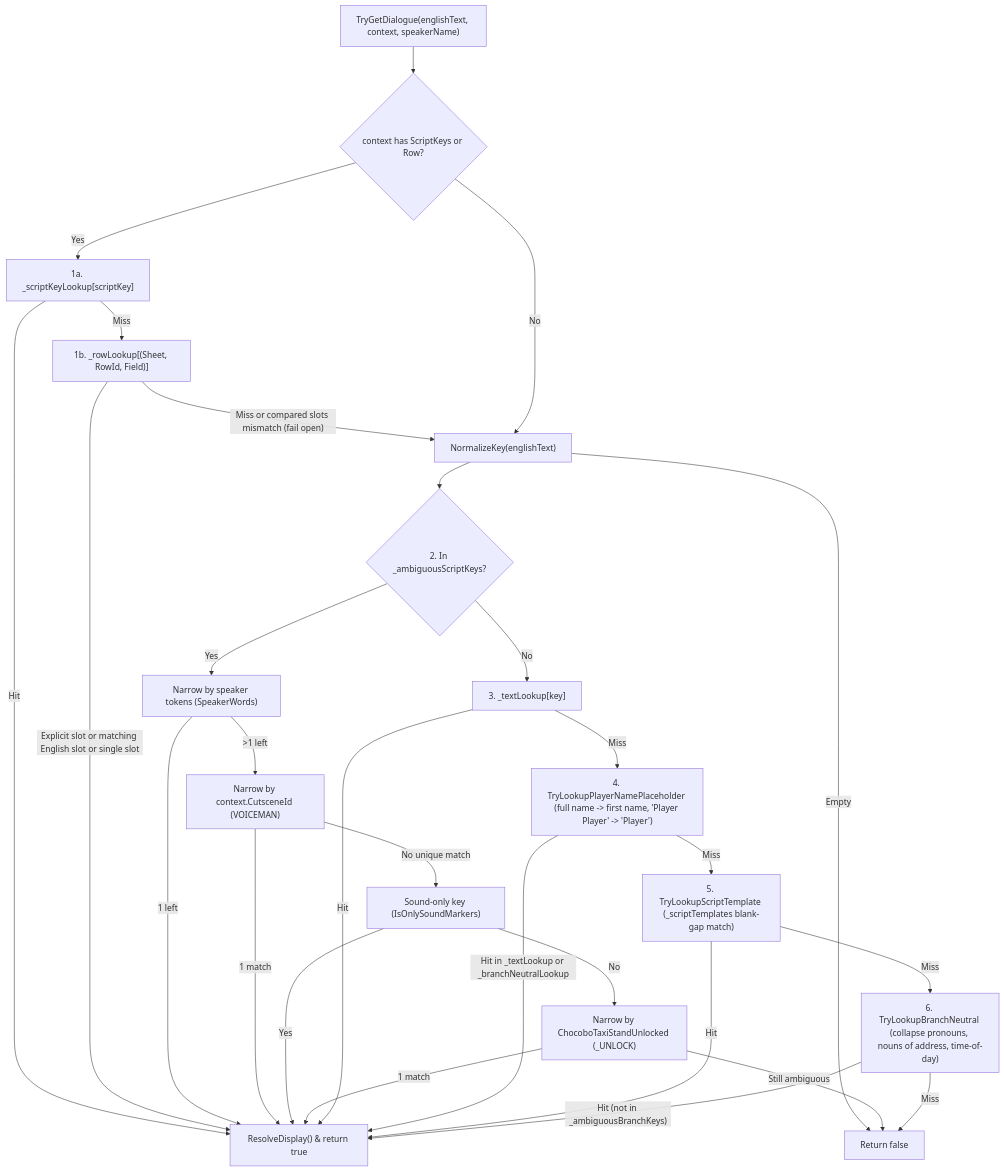
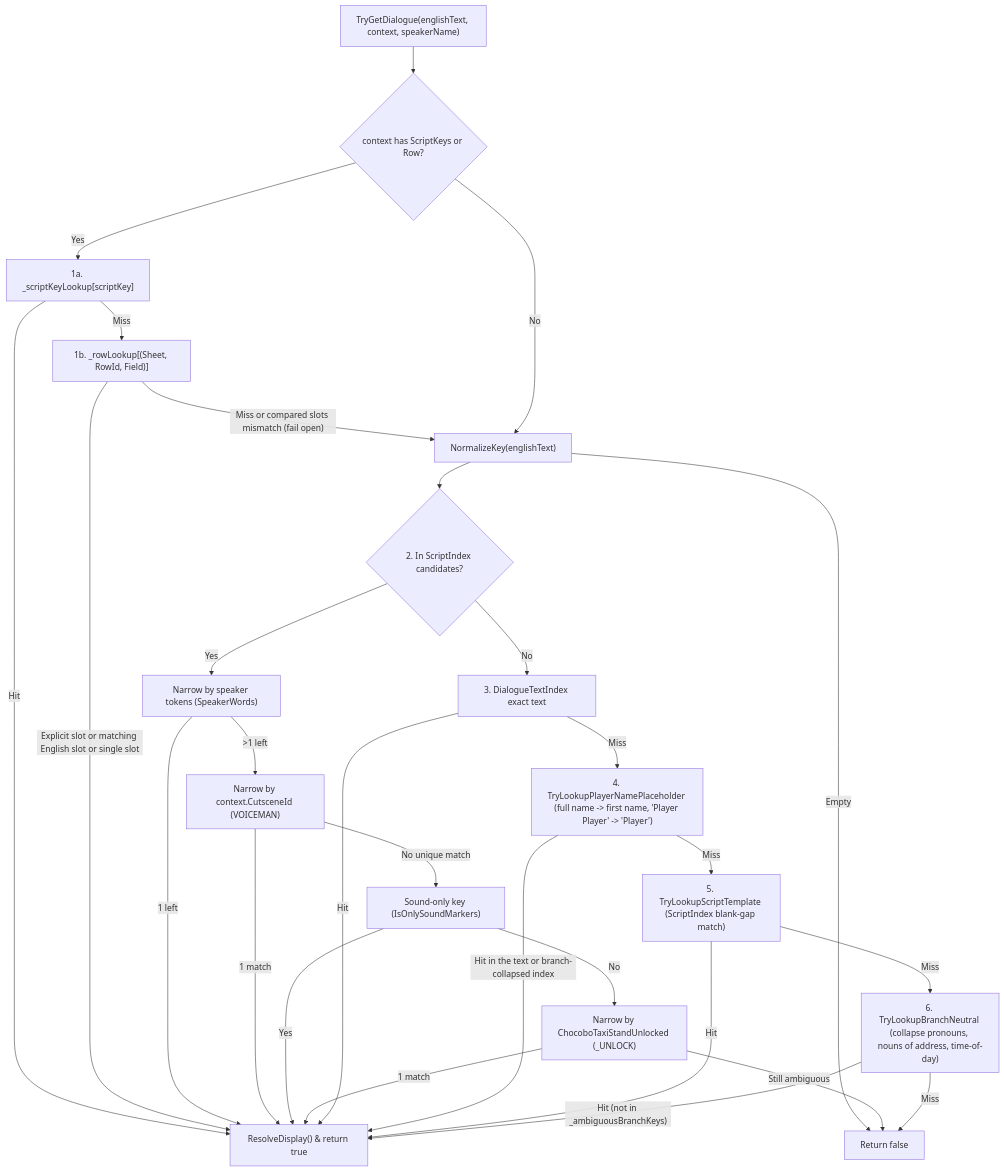
One commit to raydenhui/Sinophone changed the third of 8 diagrams in docs/translation-workflow.md. Above: the diagram before and after it, drawn with Mermaid. The commit also changed other lines of this file and 19 other files, not shown here.

````diff
--- a/docs/translation-workflow.md
+++ b/docs/translation-workflow.md
@@ -133,33 +133,33 @@
 ```mermaid
 flowchart TD
     Start["TryGetDialogue(englishText, context, speakerName)"] --> IdCheck{"context has ScriptKeys or Row?"}
 
     IdCheck -- Yes --> ScriptKey["1a. _scriptKeyLookup[scriptKey]"]
     ScriptKey -- Hit --> Ret["ResolveDisplay() & return true"]
     ScriptKey -- Miss --> RowLookup["1b. _rowLookup[(Sheet, RowId, Field)]"]
     RowLookup -- "Explicit slot or matching English slot or single slot" --> Ret
     RowLookup -- "Miss or compared slots mismatch (fail open)" --> Norm["NormalizeKey(englishText)"]
     IdCheck -- No --> Norm
 
     Norm -- Empty --> Fail["Return false"]
-    Norm --> AmbigCheck{"2. In _ambiguousScriptKeys?"}
+    Norm --> AmbigCheck{"2. In ScriptIndex candidates?"}
     AmbigCheck -- Yes --> NarrowSpeaker["Narrow by speaker tokens (SpeakerWords)"]
     NarrowSpeaker -- "1 left" --> Ret
     NarrowSpeaker -- ">1 left" --> NarrowCutscene["Narrow by context.CutsceneId (VOICEMAN)"]
     NarrowCutscene -- "1 match" --> Ret
     NarrowCutscene -- "No unique match" --> NarrowSound["Sound-only key (IsOnlySoundMarkers)"]
     NarrowSound -- "Yes" --> Ret
     NarrowSound -- "No" --> NarrowTaxi["Narrow by ChocoboTaxiStandUnlocked (_UNLOCK)"]
     NarrowTaxi -- "1 match" --> Ret
     NarrowTaxi -- "Still ambiguous" --> Fail
 
-    AmbigCheck -- No --> ExactText["3. _textLookup[key]"]
+    AmbigCheck -- No --> ExactText["3. DialogueTextIndex exact text"]
     ExactText -- Hit --> Ret
     ExactText -- Miss --> PlayerSub["4. TryLookupPlayerNamePlaceholder (full name -> first name, 'Player Player' -> 'Player')"]
-    PlayerSub -- "Hit in _textLookup or _branchNeutralLookup" --> Ret
-    PlayerSub -- Miss --> ScriptTpl["5. TryLookupScriptTemplate (_scriptTemplates blank-gap match)"]
+    PlayerSub -- "Hit in the text or branch-collapsed index" --> Ret
+    PlayerSub -- Miss --> ScriptTpl["5. TryLookupScriptTemplate (ScriptIndex blank-gap match)"]
     ScriptTpl -- Hit --> Ret
     ScriptTpl -- Miss --> Branch["6. TryLookupBranchNeutral (collapse pronouns, nouns of address, time-of-day)"]
     Branch -- "Hit (not in _ambiguousBranchKeys)" --> Ret
     Branch -- Miss --> Fail
 ```
````
